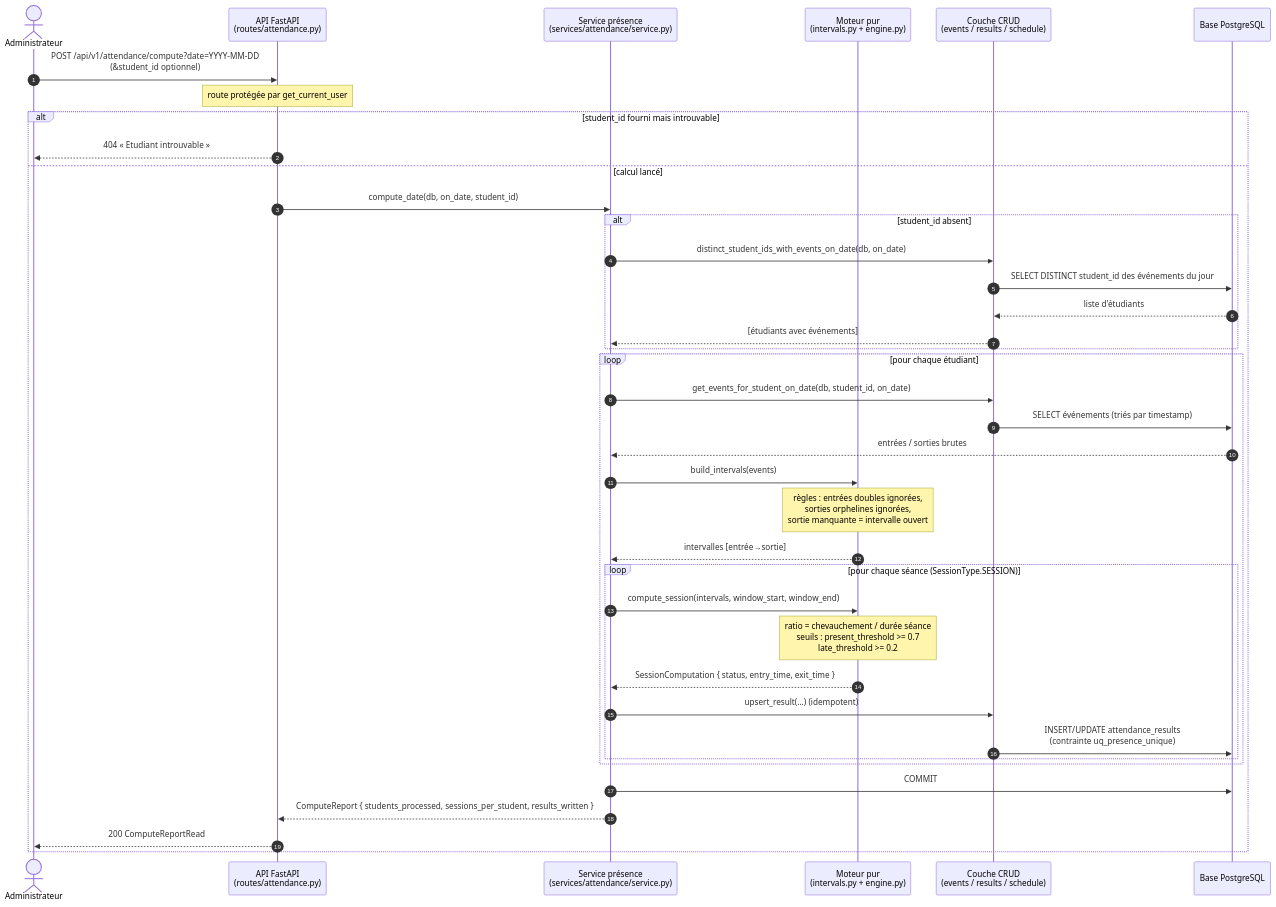
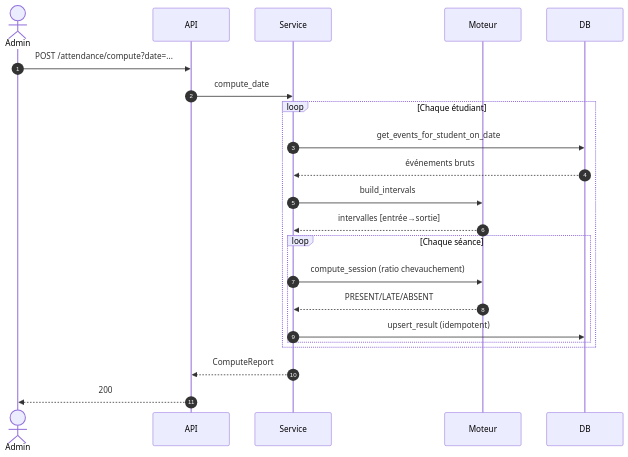
The fourth of 10 diagrams in docs/diagrams/diagrammes_sequence.md (Ammar-El-Maghevry/pi-s4), drawn with Mermaid before and after one commit. The commit also changed other lines of this file and 1 other file, not shown here.

Commit message:
Simplify sequence diagrams + add Arabic description

````diff
--- a/docs/diagrams/diagrammes_sequence.md
+++ b/docs/diagrams/diagrammes_sequence.md
@@ -150,47 +79,28 @@
 ```mermaid
 sequenceDiagram
     autonumber
-    actor Client as Administrateur
-    participant API as API FastAPI<br/>(routes/attendance.py)
-    participant Svc as Service présence<br/>(services/attendance/service.py)
-    participant Engine as Moteur pur<br/>(intervals.py + engine.py)
-    participant CRUD as Couche CRUD<br/>(events / results / schedule)
-    participant DB as Base PostgreSQL
+    actor Admin
+    participant API as API
+    participant Svc as Service
+    participant Engine as Moteur
+    participant DB as DB
 
-    Client->>API: POST /api/v1/attendance/compute?date=YYYY-MM-DD<br/>(&student_id optionnel)
-    Note over API: route protégée par get_current_user
+    Admin->>API: POST /attendance/compute?date=...
+    API->>Svc: compute_date
 
-    alt student_id fourni mais introuvable
-        API-->>Client: 404 « Etudiant introuvable »
-    else calcul lancé
-        API->>Svc: compute_date(db, on_date, student_id)
+    loop Chaque étudiant
+        Svc->>DB: get_events_for_student_on_date
+        DB-->>Svc: événements bruts
+        Svc->>Engine: build_intervals
+        Engine-->>Svc: intervalles [entrée→sortie]
 
-        alt student_id absent
-            Svc->>CRUD: distinct_student_ids_with_events_on_date(db, on_date)
-            CRUD->>DB: SELECT DISTINCT student_id des événements du jour
-            DB-->>CRUD: liste d'étudiants
-            CRUD-->>Svc: [étudiants avec événements]
+        loop Chaque séance
+            Svc->>Engine: compute_session (ratio chevauchement)
+            Engine-->>Svc: PRESENT/LATE/ABSENT
+            Svc->>DB: upsert_result (idempotent)
         end
+    end
 
-        loop pour chaque étudiant
-            Svc->>CRUD: get_events_for_student_on_date(db, student_id, on_date)
-            CRUD->>DB: SELECT événements (triés par timestamp)
-            DB-->>Svc: entrées / sorties brutes
-            Svc->>Engine: build_intervals(events)
-            Note over Engine: règles : entrées doubles ignorées,<br/>sorties orphelines ignorées,<br/>sortie manquante = intervalle ouvert
-            Engine-->>Svc: intervalles [entrée→sortie]
-
-            loop pour chaque séance (SessionType.SESSION)
-                Svc->>Engine: compute_session(intervals, window_start, window_end)
-                Note over Engine: ratio = chevauchement / durée séance<br/>seuils : present_threshold >= 0.7<br/>late_threshold >= 0.2
-                Engine-->>Svc: SessionComputation { status, entry_time, exit_time }
-                Svc->>CRUD: upsert_result(...) (idempotent)
-                CRUD->>DB: INSERT/UPDATE attendance_results<br/>(contrainte uq_presence_unique)
-            end
-        end
-
-        Svc->>DB: COMMIT
-        Svc-->>API: ComputeReport { students_processed, sessions_per_student, results_written }
-        API-->>Client: 200 ComputeReportRead
-    end
+    Svc-->>API: ComputeReport
+    API-->>Admin: 200
 ```
````
